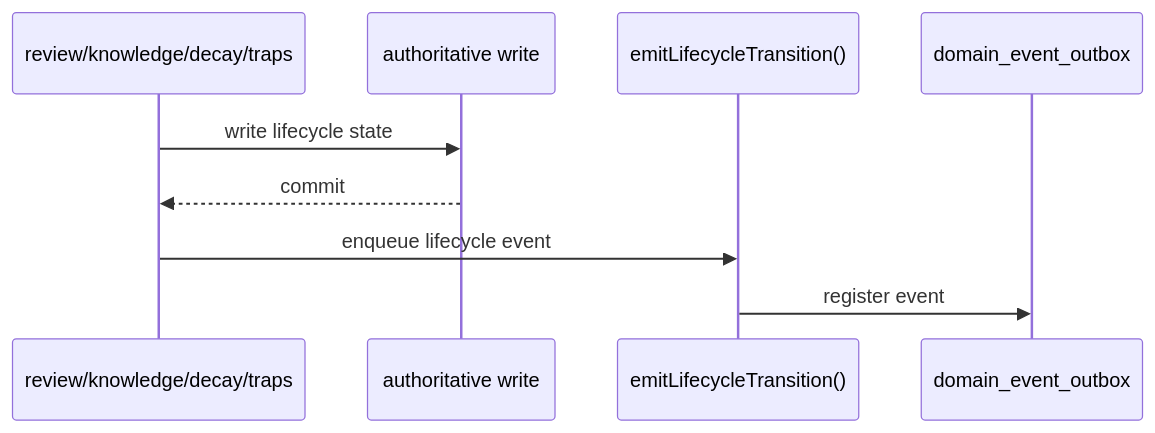
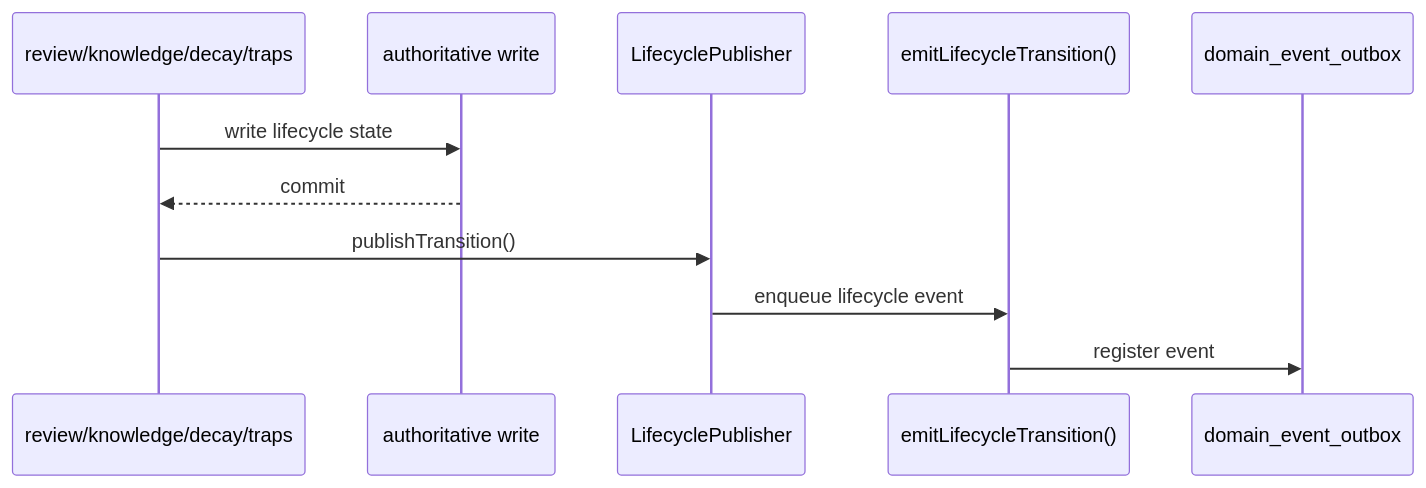
One commit to pofossette/TrapMap-for-vibing changed the third of 10 diagrams in docs/architecture/components/ASYNC_MODEL.md. Above: the diagram before and after it, drawn with Mermaid. The commit also changed other lines of this file and 35 other files, not shown here.

First line of the commit message:
feat: add service-unit decomposition, async transport seam, and lifecycle publisher port

````diff
--- a/docs/architecture/components/ASYNC_MODEL.md
+++ b/docs/architecture/components/ASYNC_MODEL.md
@@ -97,12 +106,14 @@
 ```mermaid
 sequenceDiagram
     participant Route as review/knowledge/decay/traps
     participant Repo as authoritative write
+    participant Publisher as LifecyclePublisher
     participant Emit as emitLifecycleTransition()
     participant Outbox as domain_event_outbox
 
     Route->>Repo: write lifecycle state
     Repo-->>Route: commit
-    Route->>Emit: enqueue lifecycle event
+    Route->>Publisher: publishTransition()
+    Publisher->>Emit: enqueue lifecycle event
     Emit->>Outbox: register event
 ```
````
